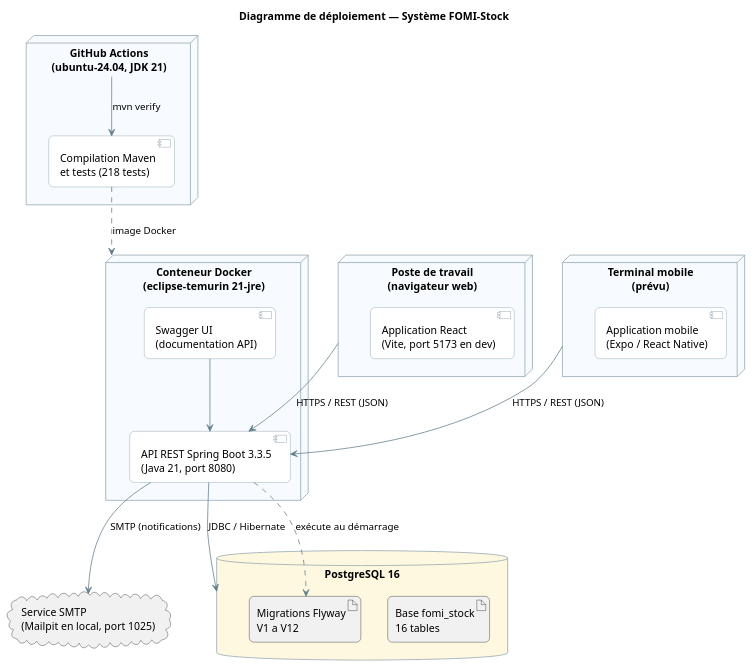
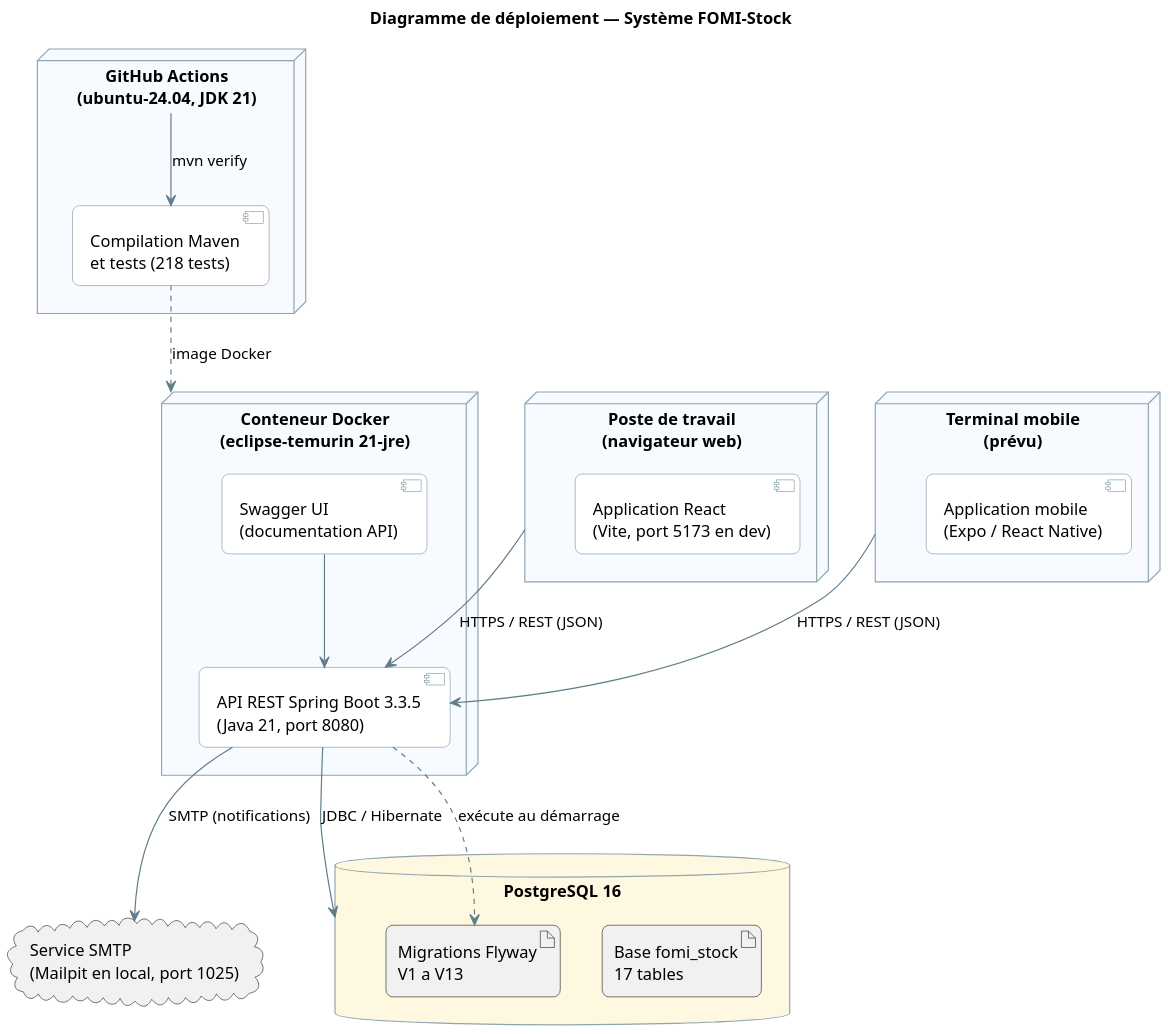
One commit to Davy-Antosper/memoire changed the diagram in memoire_assets/puml_src/deployment_diagram.puml. Above: the diagram before and after it, drawn with PlantUML. The commit also changed 29 other files, not shown here.

Commit message:
Rapport aligne sur le modele FOMI (commune, depots province/zone), figures PlantUML regenerees et PDF a jour

```diff
--- a/memoire_assets/puml_src/deployment_diagram.puml
+++ b/memoire_assets/puml_src/deployment_diagram.puml
@@ -1,52 +1,53 @@
 @startuml
 title Diagramme de déploiement — Système FOMI-Stock
 skinparam shadowing false
 skinparam roundCorner 12
 skinparam DefaultFontName "Segoe UI"
+skinparam dpi 150
 skinparam ArrowColor #607D8B
 skinparam NodeBorderColor #90A4AE
 skinparam NodeBackgroundColor #F7FBFF
 skinparam DatabaseBorderColor #90A4AE
 skinparam DatabaseBackgroundColor #FFF8E1
 skinparam ComponentBorderColor #78909C
 skinparam ComponentBackgroundColor #FFFFFF
 
 ' ---- Postes clients ----
 node "Poste de travail\n(navigateur web)" as CLIENT {
   component "Application React\n(Vite, port 5173 en dev)" as WEB
 }
 
 node "Terminal mobile\n(prévu)" as MOBILE {
   component "Application mobile\n(Expo / React Native)" as APP
 }
 
 ' ---- Serveur d'application ----
 node "Conteneur Docker\n(eclipse-temurin 21-jre)" as DOCKER {
   component "API REST Spring Boot 3.3.5\n(Java 21, port 8080)" as API
   component "Swagger UI\n(documentation API)" as SWAGGER
 }
 
 ' ---- Données ----
 database "PostgreSQL 16" as PG {
-  artifact "Base fomi_stock\n16 tables" as SCHEMA
-  artifact "Migrations Flyway\nV1 a V12" as FLYWAY
+  artifact "Base fomi_stock\n17 tables" as SCHEMA
+  artifact "Migrations Flyway\nV1 a V13" as FLYWAY
 }
 
 ' ---- Services externes ----
 cloud "Service SMTP\n(Mailpit en local, port 1025)" as SMTP
 
 ' ---- Intégration continue ----
 node "GitHub Actions\n(ubuntu-24.04, JDK 21)" as CI {
   component "Compilation Maven\net tests (218 tests)" as BUILD
 }
 
 ' ---- Relations ----
 CLIENT --> API : HTTPS / REST (JSON)
 MOBILE --> API : HTTPS / REST (JSON)
 SWAGGER --> API
 API --> PG : JDBC / Hibernate
 API --> SMTP : SMTP (notifications)
 API ..> FLYWAY : exécute au démarrage
 CI --> BUILD : mvn verify
 BUILD ..> DOCKER : image Docker
 @enduml
```
